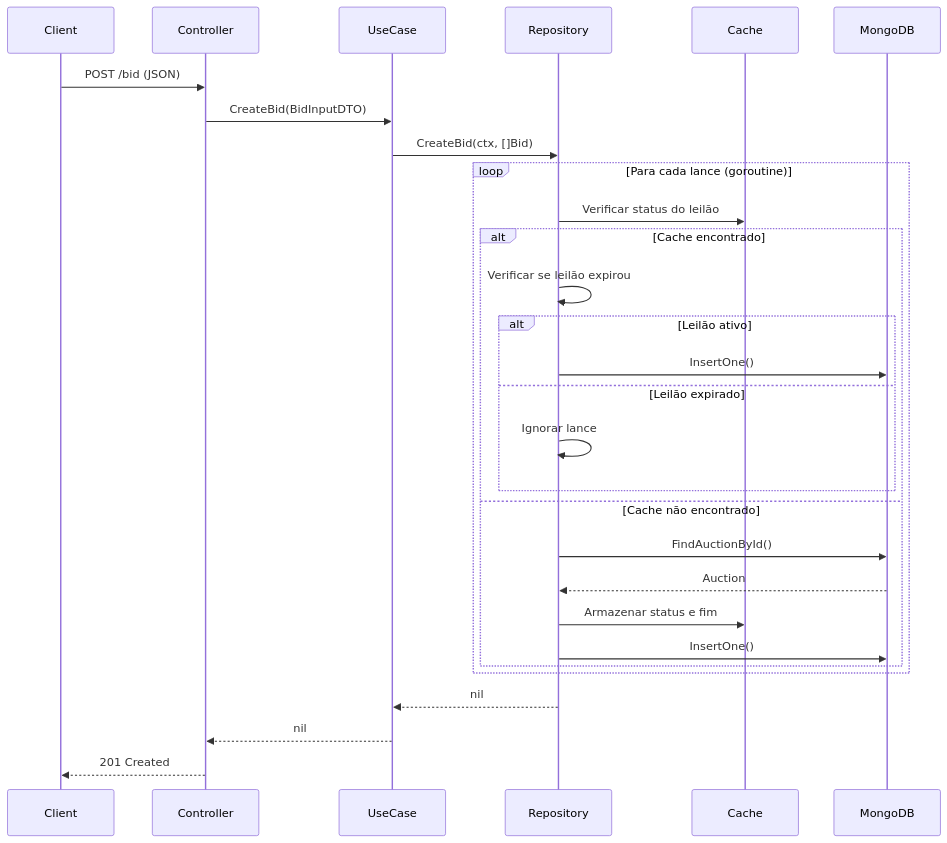
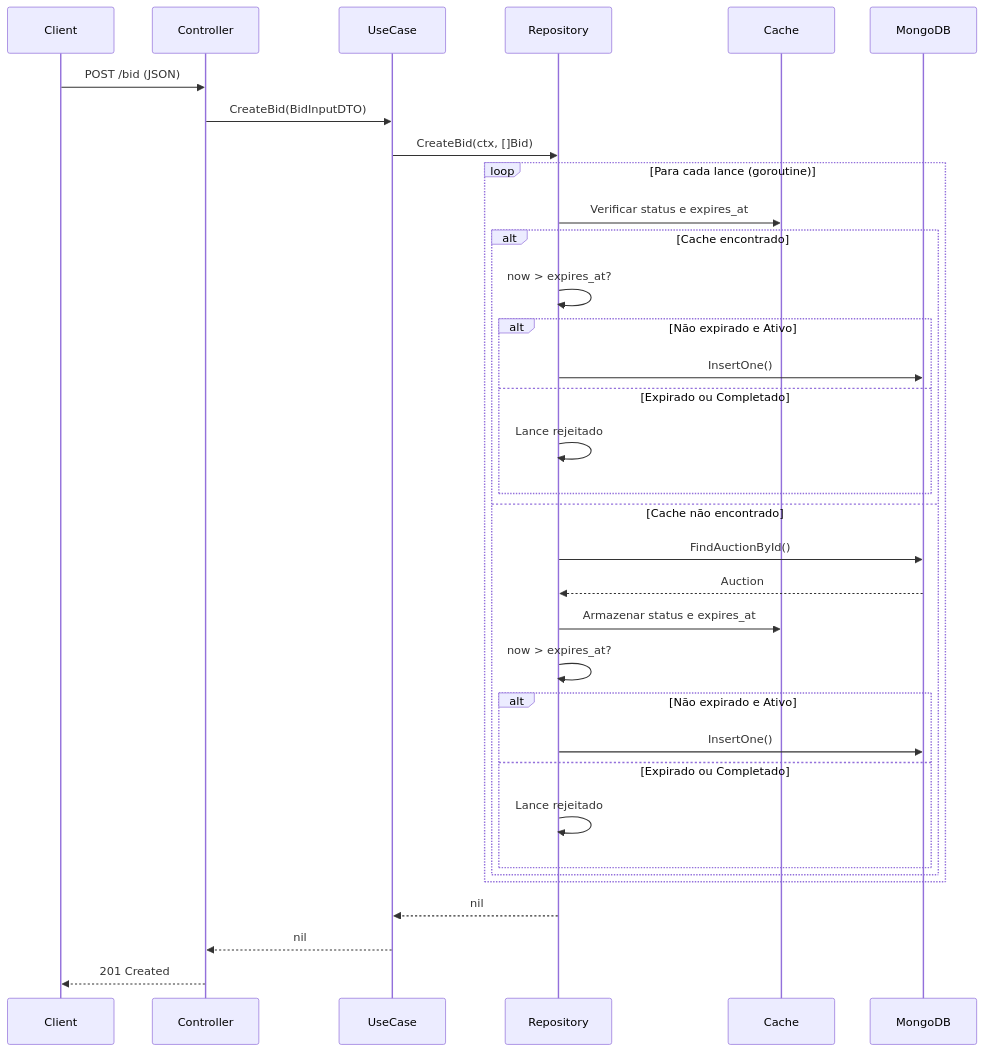
One commit to markuscandido/go-expert-desafio-concorrencia-com-golang-leilao changed the second of 5 diagrams in doc/DATA_FLOW.md. Above: the diagram before and after it, drawn with Mermaid. The commit also changed other lines of this file and 7 other files, not shown here.

````diff
--- a/doc/DATA_FLOW.md
+++ b/doc/DATA_FLOW.md
@@ -48,34 +50,39 @@
 ```mermaid
 sequenceDiagram
     participant Client
     participant Controller
     participant UseCase
     participant Repository
     participant Cache
     participant MongoDB
 
     Client->>Controller: POST /bid (JSON)
     Controller->>UseCase: CreateBid(BidInputDTO)
     UseCase->>Repository: CreateBid(ctx, []Bid)
     
     loop Para cada lance (goroutine)
-        Repository->>Cache: Verificar status do leilão
+        Repository->>Cache: Verificar status e expires_at
         alt Cache encontrado
-            Repository->>Repository: Verificar se leilão expirou
-            alt Leilão ativo
+            Repository->>Repository: now > expires_at?
+            alt Não expirado e Ativo
                 Repository->>MongoDB: InsertOne()
-            else Leilão expirado
-                Repository->>Repository: Ignorar lance
+            else Expirado ou Completado
+                Repository->>Repository: Lance rejeitado
             end
         else Cache não encontrado
             Repository->>MongoDB: FindAuctionById()
             MongoDB-->>Repository: Auction
-            Repository->>Cache: Armazenar status e fim
-            Repository->>MongoDB: InsertOne()
+            Repository->>Cache: Armazenar status e expires_at
+            Repository->>Repository: now > expires_at?
+            alt Não expirado e Ativo
+                Repository->>MongoDB: InsertOne()
+            else Expirado ou Completado
+                Repository->>Repository: Lance rejeitado
+            end
         end
     end
     
     Repository-->>UseCase: nil
     UseCase-->>Controller: nil
     Controller-->>Client: 201 Created
 ```
````
